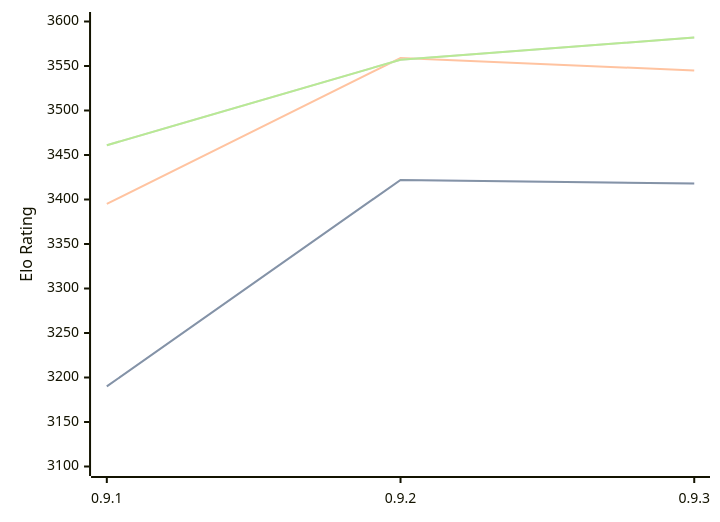
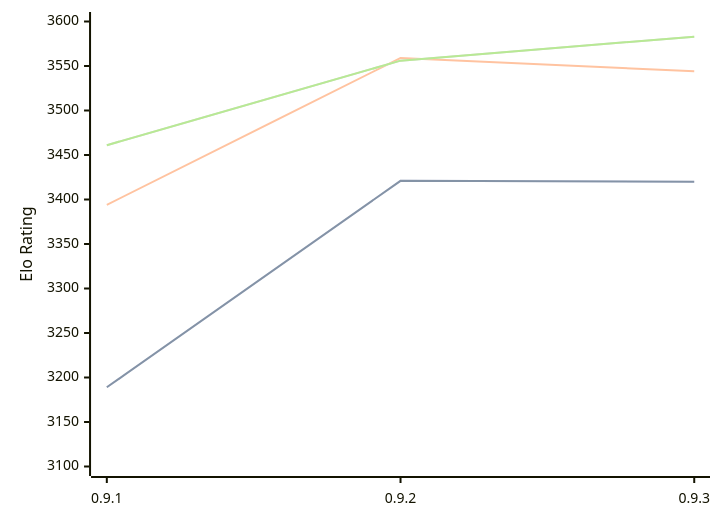
Before and after one commit to computer-chess-index/cci: the diagram in engines/Coda.md, drawn with Mermaid. The commit also changed other lines of this file, not shown here.

Commit message:
Update CCI Ratings (ELO VLTC) - 2026-08-03

````diff
--- a/engines/Coda.md
+++ b/engines/Coda.md
@@ -33,11 +33,11 @@
 ```mermaid
 %%{init: {"theme":"base","themeVariables":{"seriesColors:['#a3a3a3','#222221','#faa371']}}}%%
 xychart-beta
   x-axis ["0.9.1", "0.9.2", "0.9.3"]
   y-axis "Elo Rating" 3100 --> 3600
-  line "STC (8.0+0.08s)" [3190, 3422, 3418]
-  line "STC (8.0+0.08s)" [3190, 3422, 3418]
-  line "LTC (60.0+0.60s)" [3395, 3559, 3545]
-  line "VLTC (2m24s+1.12s)" [3461, 3557, 3582]
-  line "VLTC (2m24s+1.12s)" [3461, 3557, 3582]
+  line "STC (8.0+0.08s)" [3189, 3421, 3420]
+  line "STC (8.0+0.08s)" [3189, 3421, 3420]
+  line "LTC (60.0+0.60s)" [3394, 3559, 3544]
+  line "VLTC (2m24s+1.12s)" [3461, 3556, 3583]
+  line "VLTC (2m24s+1.12s)" [3461, 3556, 3583]
 ```
````
